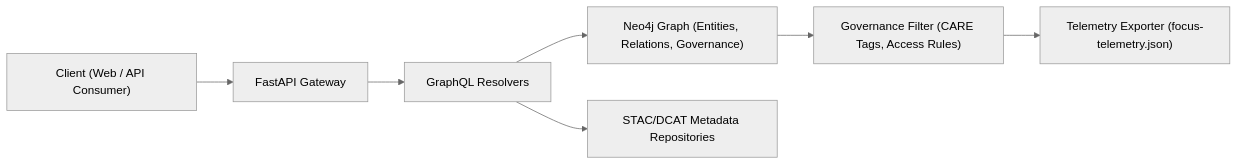
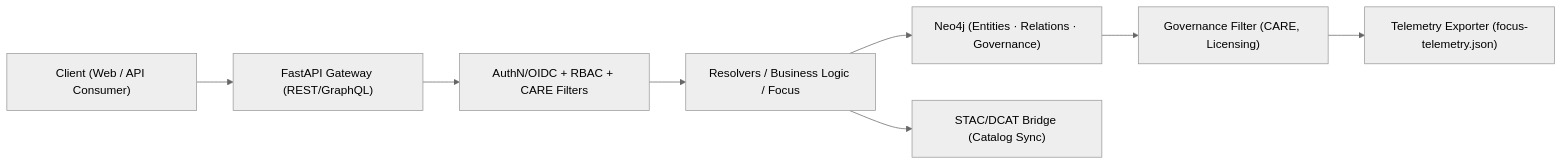
The second of 2 diagrams in docs/architecture/api-architecture.md (bartytime4life/Kansas-Frontier-Matrix), drawn with Mermaid (neutral theme) before and after one commit. The commit also changed other lines of this file, not shown here.

First line of the commit message:
Upgrade API architecture documentation to v10.2.3

````diff
--- a/docs/architecture/api-architecture.md
+++ b/docs/architecture/api-architecture.md
@@ -204,9 +231,10 @@
 ```mermaid
 flowchart LR
-  A["Client (Web / API Consumer)"] --> B["FastAPI Gateway"]
-  B --> C["GraphQL Resolvers"]
-  C --> D["Neo4j Graph (Entities, Relations, Governance)"]
-  C --> E["STAC/DCAT Metadata Repositories"]
-  D --> F["Governance Filter (CARE Tags, Access Rules)"]
-  F --> G["Telemetry Exporter (focus-telemetry.json)"]
+  A["Client (Web / API Consumer)"] --> B["FastAPI Gateway (REST/GraphQL)"]
+  B --> C["AuthN/OIDC + RBAC + CARE Filters"]
+  C --> D["Resolvers / Business Logic / Focus"]
+  D --> E["Neo4j (Entities · Relations · Governance)"]
+  D --> F["STAC/DCAT Bridge (Catalog Sync)"]
+  E --> G["Governance Filter (CARE, Licensing)"]
+  G --> H["Telemetry Exporter (focus-telemetry.json)"]
 ```
````
